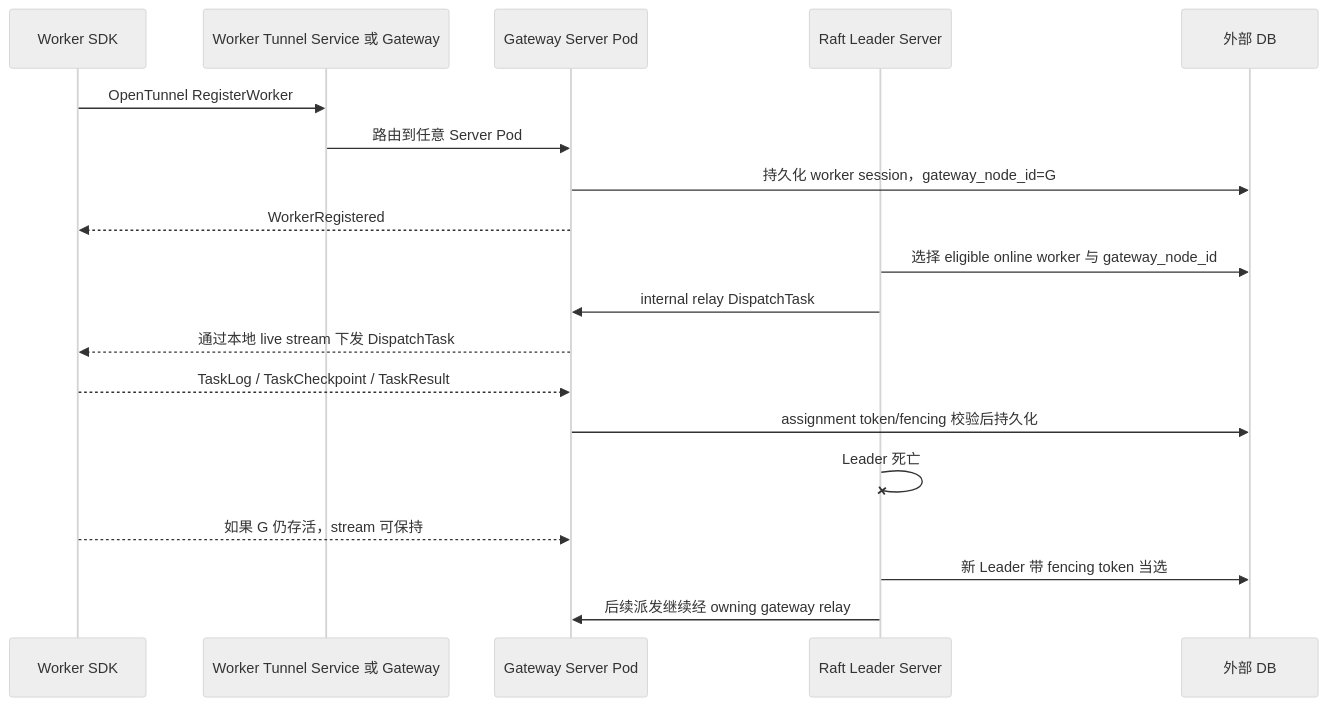
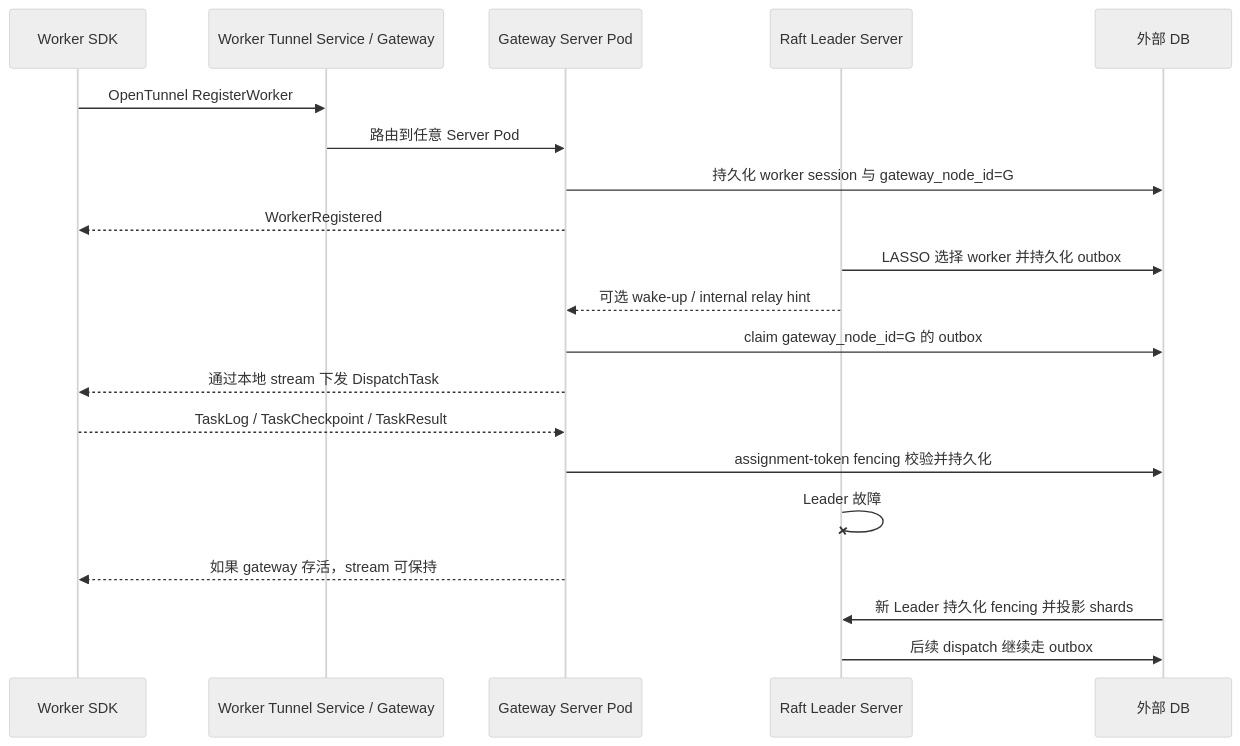
One commit to yhyzgn/tikeo changed the fourth of 4 diagrams in docs/i18n/zh-CN/docusaurus-plugin-content-docs/current/deployment/server-ha.md. Above: the diagram before and after it, drawn with Mermaid (neutral theme). The commit also changed other lines of this file and 13 other files, not shown here.

````diff
--- a/docs/i18n/zh-CN/docusaurus-plugin-content-docs/current/deployment/server-ha.md
+++ b/docs/i18n/zh-CN/docusaurus-plugin-content-docs/current/deployment/server-ha.md
@@ -232,22 +245,23 @@
 ```mermaid
 sequenceDiagram
   participant W as Worker SDK
-  participant LB as Worker Tunnel Service 或 Gateway
+  participant LB as Worker Tunnel Service / Gateway
   participant G as Gateway Server Pod
   participant L as Raft Leader Server
   participant DB as 外部 DB
 
   W->>LB: OpenTunnel RegisterWorker
   LB->>G: 路由到任意 Server Pod
-  G->>DB: 持久化 worker session，gateway_node_id=G
+  G->>DB: 持久化 worker session 与 gateway_node_id=G
   G-->>W: WorkerRegistered
-  L->>DB: 选择 eligible online worker 与 gateway_node_id
-  L->>G: internal relay DispatchTask
-  G-->>W: 通过本地 live stream 下发 DispatchTask
+  L->>DB: LASSO 选择 worker 并持久化 outbox
+  L-->>G: 可选 wake-up / internal relay hint
+  G->>DB: claim gateway_node_id=G 的 outbox
+  G-->>W: 通过本地 stream 下发 DispatchTask
   W-->>G: TaskLog / TaskCheckpoint / TaskResult
-  G->>DB: assignment token/fencing 校验后持久化
-  L-xL: Leader 死亡
-  W-->>G: 如果 G 仍存活，stream 可保持
-  L->>DB: 新 Leader 带 fencing token 当选
-  L->>G: 后续派发继续经 owning gateway relay
+  G->>DB: assignment-token fencing 校验并持久化
+  L-xL: Leader 故障
+  G-->>W: 如果 gateway 存活，stream 可保持
+  DB->>L: 新 Leader 持久化 fencing 并投影 shards
+  L->>DB: 后续 dispatch 继续走 outbox
 ```
````
